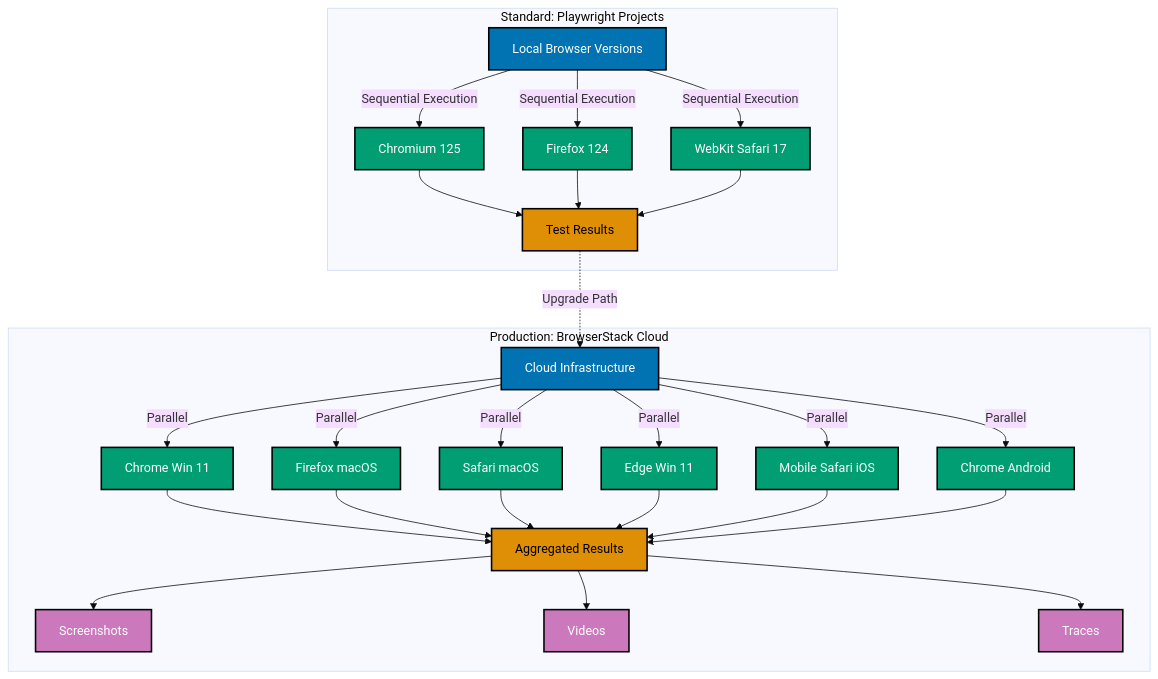
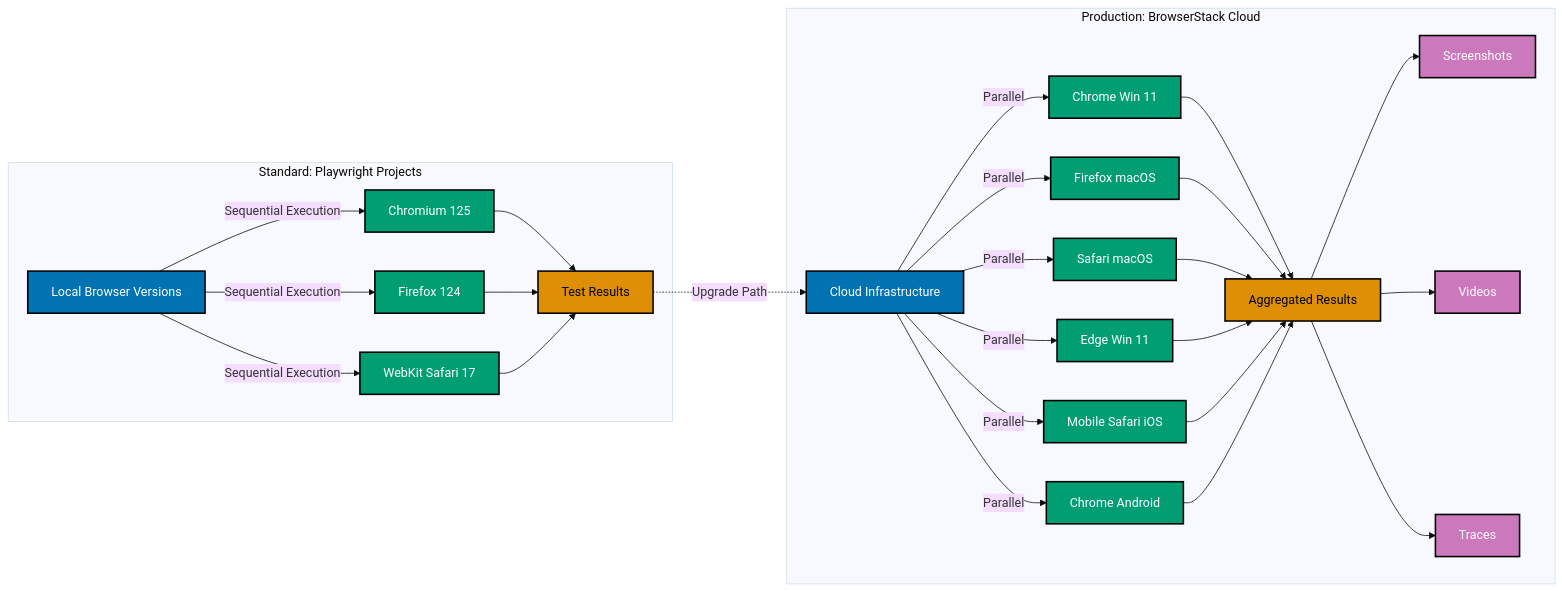
The diagram in apps/ayokoding-www/content/en/learn/software-engineering/automation-testing/tools/playwright/in-the-field/cross-browser-testing.md (wahidyankf/baseerah), drawn with Mermaid (base theme) before and after one commit. The commit also changed 88 other files, not shown here.

First line of the commit message:
fix(ayokoding-www): resolve pre-existing Mermaid violations, exclude fixtures/plans-done

````diff
--- a/apps/ayokoding-www/content/en/learn/software-engineering/automation-testing/tools/playwright/in-the-field/cross-browser-testing.md
+++ b/apps/ayokoding-www/content/en/learn/software-engineering/automation-testing/tools/playwright/in-the-field/cross-browser-testing.md
@@ -438,51 +438,51 @@
 ```mermaid
-graph TB
+graph LR
     subgraph "Standard: Playwright Projects"
         A[Local Browser Versions] -->|Sequential Execution| B[Chromium 125]
         A -->|Sequential Execution| C[Firefox 124]
         A -->|Sequential Execution| D[WebKit Safari 17]
         B --> E[Test Results]
         C --> E
         D --> E
 
         style A fill:#0173B2,stroke:#000,stroke-width:2px,color:#fff
         style B fill:#029E73,stroke:#000,stroke-width:2px,color:#fff
         style C fill:#029E73,stroke:#000,stroke-width:2px,color:#fff
         style D fill:#029E73,stroke:#000,stroke-width:2px,color:#fff
         style E fill:#DE8F05,stroke:#000,stroke-width:2px,color:#000
     end
 
     subgraph "Production: BrowserStack Cloud"
         F[Cloud Infrastructure] -->|Parallel| G[Chrome Win 11]
         F -->|Parallel| H[Firefox macOS]
         F -->|Parallel| I[Safari macOS]
         F -->|Parallel| J[Edge Win 11]
         F -->|Parallel| K[Mobile Safari iOS]
         F -->|Parallel| L[Chrome Android]
 
         G --> M[Aggregated Results]
         H --> M
         I --> M
         J --> M
         K --> M
         L --> M
 
         M --> N[Screenshots]
         M --> O[Videos]
         M --> P[Traces]
 
         style F fill:#0173B2,stroke:#000,stroke-width:2px,color:#fff
         style G fill:#029E73,stroke:#000,stroke-width:2px,color:#fff
         style H fill:#029E73,stroke:#000,stroke-width:2px,color:#fff
         style I fill:#029E73,stroke:#000,stroke-width:2px,color:#fff
         style J fill:#029E73,stroke:#000,stroke-width:2px,color:#fff
         style K fill:#029E73,stroke:#000,stroke-width:2px,color:#fff
         style L fill:#029E73,stroke:#000,stroke-width:2px,color:#fff
         style M fill:#DE8F05,stroke:#000,stroke-width:2px,color:#000
         style N fill:#CC78BC,stroke:#000,stroke-width:2px,color:#fff
         style O fill:#CC78BC,stroke:#000,stroke-width:2px,color:#fff
         style P fill:#CC78BC,stroke:#000,stroke-width:2px,color:#fff
     end
 
     E -.Upgrade Path.-> F
 ```
````
